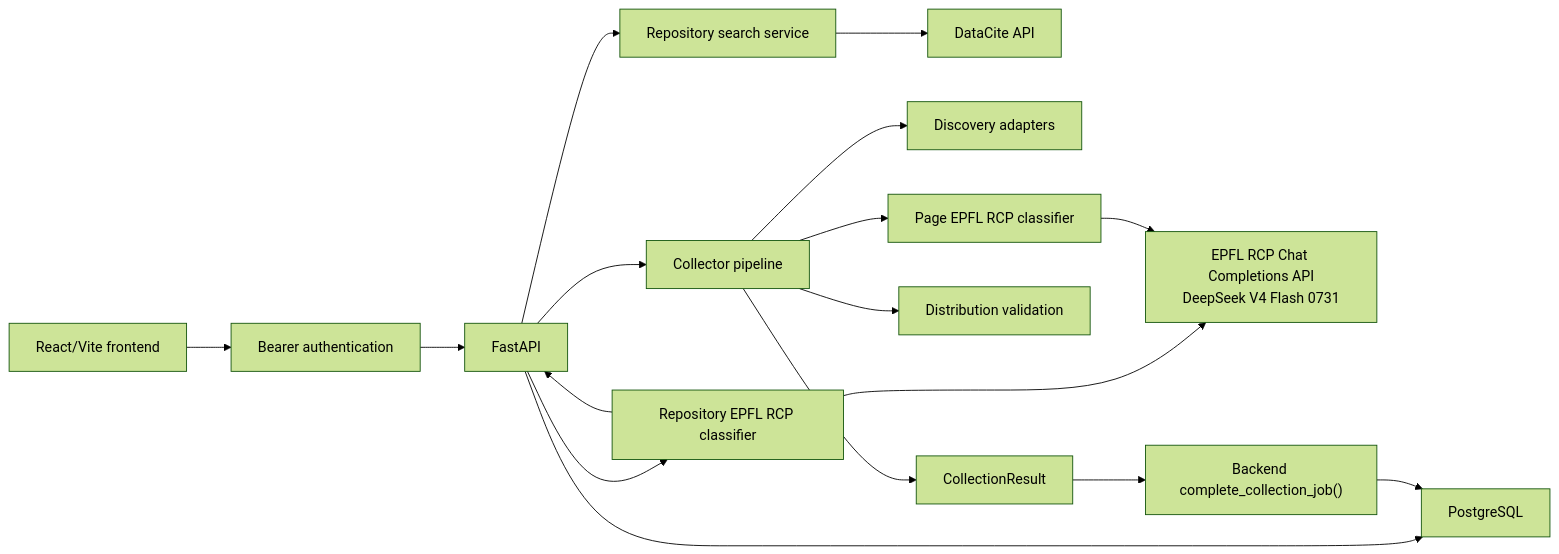
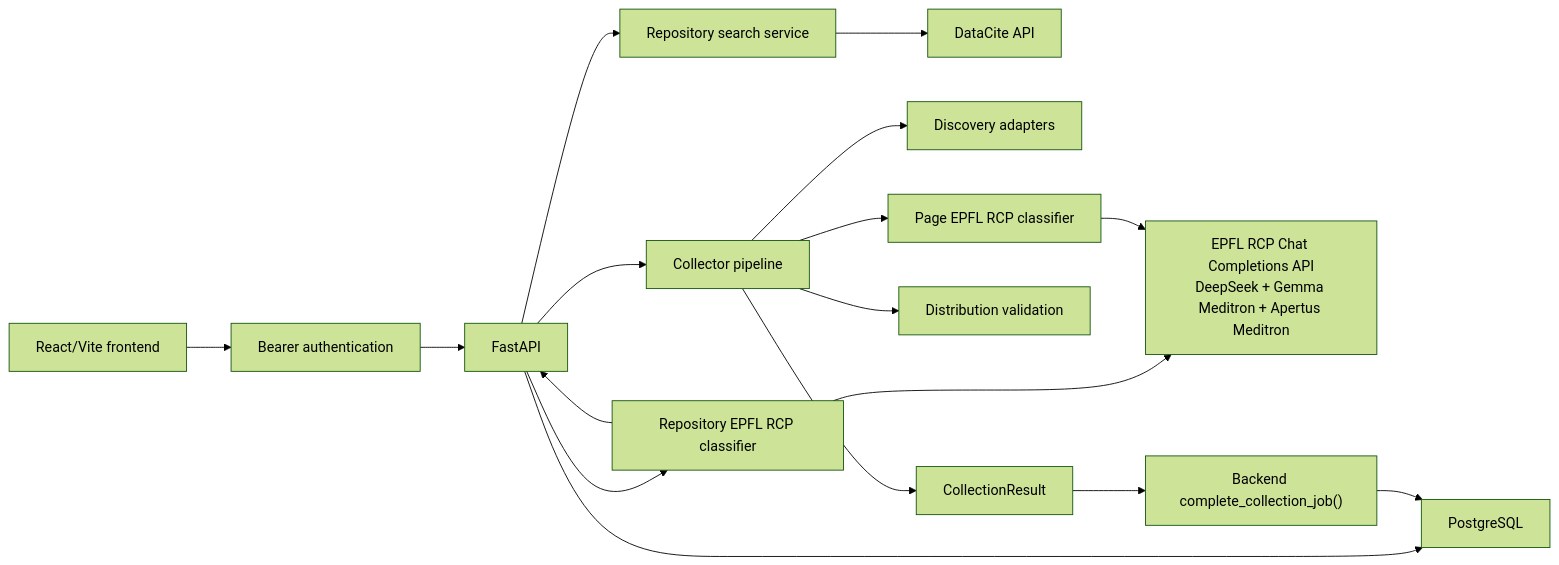
One commit to nicolasberlin/global-health-dataset-catalog changed the first of 4 diagrams in docs/technical-design-document.md. Above: the diagram before and after it, drawn with Mermaid (forest theme). The commit also changed other lines of this file and 52 other files, not shown here.

````diff
--- a/docs/technical-design-document.md
+++ b/docs/technical-design-document.md
@@ -34,19 +33,19 @@
 ```mermaid
 flowchart LR
     Browser["React/Vite frontend"] --> Auth["Bearer authentication"]
     Auth --> API["FastAPI"]
     API --> Search["Repository search service"]
     Search --> DataCite["DataCite API"]
     API --> RepoLLM["Repository EPFL RCP classifier"]
     RepoLLM --> API
     API --> Collector["Collector pipeline"]
     Collector --> Discovery["Discovery adapters"]
     Collector --> PageLLM["Page EPFL RCP classifier"]
     Collector --> Validation["Distribution validation"]
-    RepoLLM --> RCP["EPFL RCP Chat Completions API<br/>DeepSeek V4 Flash 0731"]
+    RepoLLM --> RCP["EPFL RCP Chat Completions API<br/>DeepSeek + Gemma Meditron + Apertus Meditron"]
     PageLLM --> RCP
     Collector --> Result["CollectionResult"]
     Result --> Completion["Backend complete_collection_job()"]
     API --> DB["PostgreSQL"]
     Completion --> DB
 ```
````
